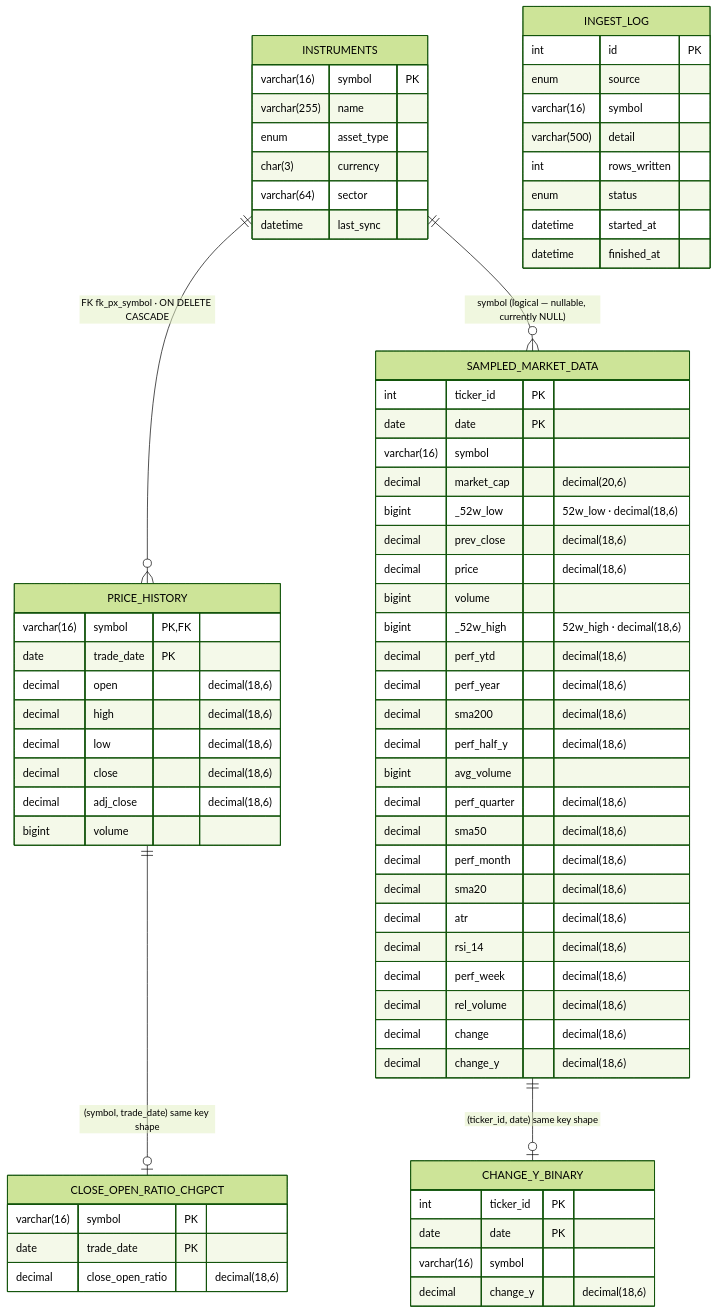
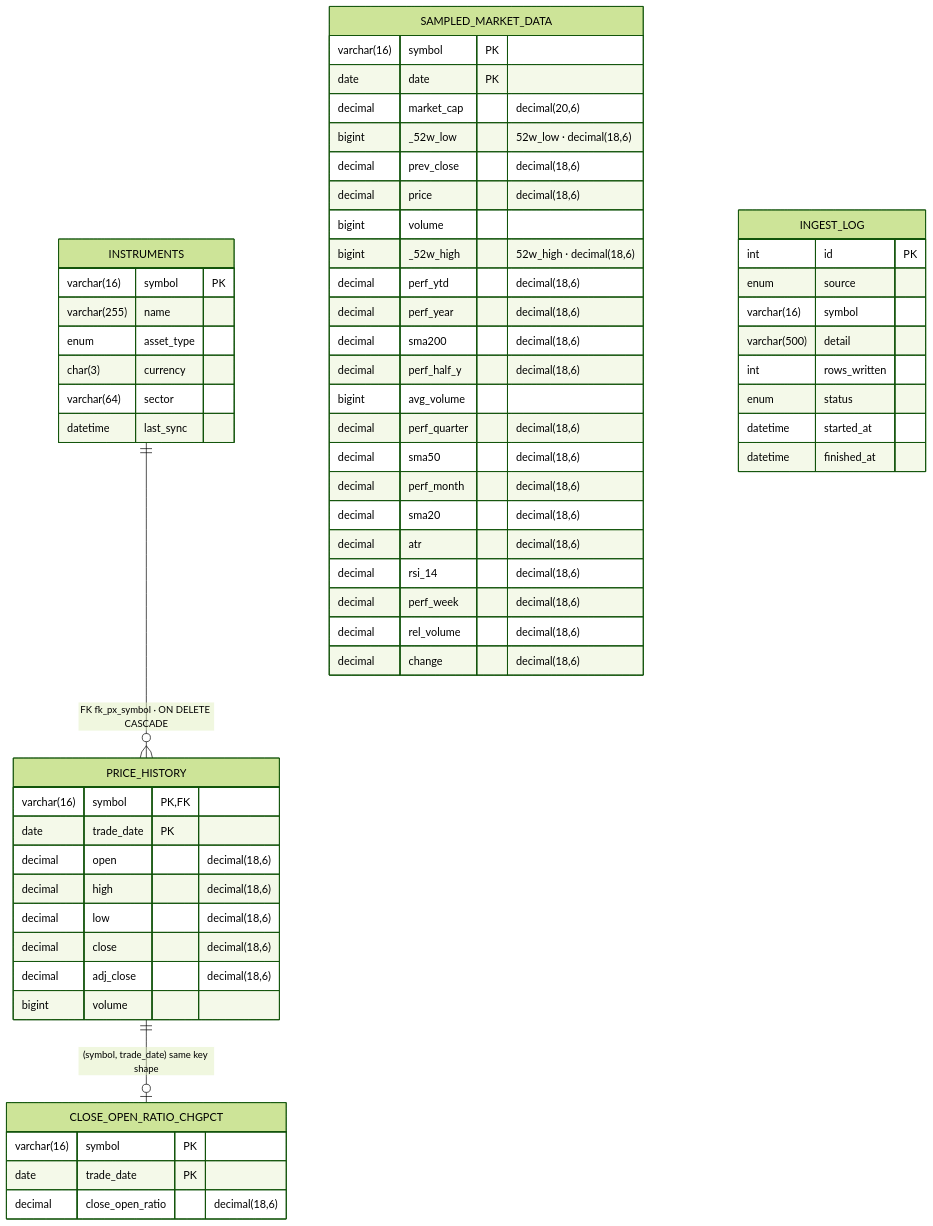
Before and after one commit to nickhsu989/AIPE04_midterm: the second of 2 diagrams in docs/architecture.md, drawn with Mermaid (forest theme). The commit also changed other lines of this file and 9 other files, not shown here.

````diff
--- a/docs/architecture.md
+++ b/docs/architecture.md
@@ -150,78 +146,67 @@
 ```mermaid
 erDiagram
     INSTRUMENTS ||--o{ PRICE_HISTORY : "FK fk_px_symbol · ON DELETE CASCADE"
-    INSTRUMENTS ||--o{ SAMPLED_MARKET_DATA : "symbol (logical — nullable, currently NULL)"
-    SAMPLED_MARKET_DATA ||--o| CHANGE_Y_BINARY : "(ticker_id, date) same key shape"
     PRICE_HISTORY ||--o| CLOSE_OPEN_RATIO_CHGPCT : "(symbol, trade_date) same key shape"
 
     INSTRUMENTS {
         varchar(16) symbol PK
         varchar(255) name
         enum asset_type
         char(3) currency
         varchar(64) sector
         datetime last_sync
     }
 
     PRICE_HISTORY {
         varchar(16) symbol PK,FK
         date trade_date PK
         decimal open "decimal(18,6)"
         decimal high "decimal(18,6)"
         decimal low "decimal(18,6)"
         decimal close "decimal(18,6)"
         decimal adj_close "decimal(18,6)"
         bigint volume
     }
 
     SAMPLED_MARKET_DATA {
-        int ticker_id PK
+        varchar(16) symbol PK
         date date PK
-        varchar(16) symbol
         decimal market_cap "decimal(20,6)"
         bigint _52w_low "52w_low · decimal(18,6)"
         decimal prev_close "decimal(18,6)"
         decimal price "decimal(18,6)"
         bigint volume
         bigint _52w_high "52w_high · decimal(18,6)"
         decimal perf_ytd "decimal(18,6)"
         decimal perf_year "decimal(18,6)"
         decimal sma200 "decimal(18,6)"
         decimal perf_half_y "decimal(18,6)"
         bigint avg_volume
         decimal perf_quarter "decimal(18,6)"
         decimal sma50 "decimal(18,6)"
         decimal perf_month "decimal(18,6)"
         decimal sma20 "decimal(18,6)"
         decimal atr "decimal(18,6)"
         decimal rsi_14 "decimal(18,6)"
         decimal perf_week "decimal(18,6)"
         decimal rel_volume "decimal(18,6)"
         decimal change "decimal(18,6)"
-        decimal change_y "decimal(18,6)"
-    }
-
-    CHANGE_Y_BINARY {
-        int ticker_id PK
-        date date PK
-        varchar(16) symbol
-        decimal change_y "decimal(18,6)"
     }
 
     CLOSE_OPEN_RATIO_CHGPCT {
         varchar(16) symbol PK
         date trade_date PK
         decimal close_open_ratio "decimal(18,6)"
     }
 
     INGEST_LOG {
         int id PK
         enum source
         varchar(16) symbol
         varchar(500) detail
         int rows_written
         enum status
         datetime started_at
         datetime finished_at
     }
 ```
````
